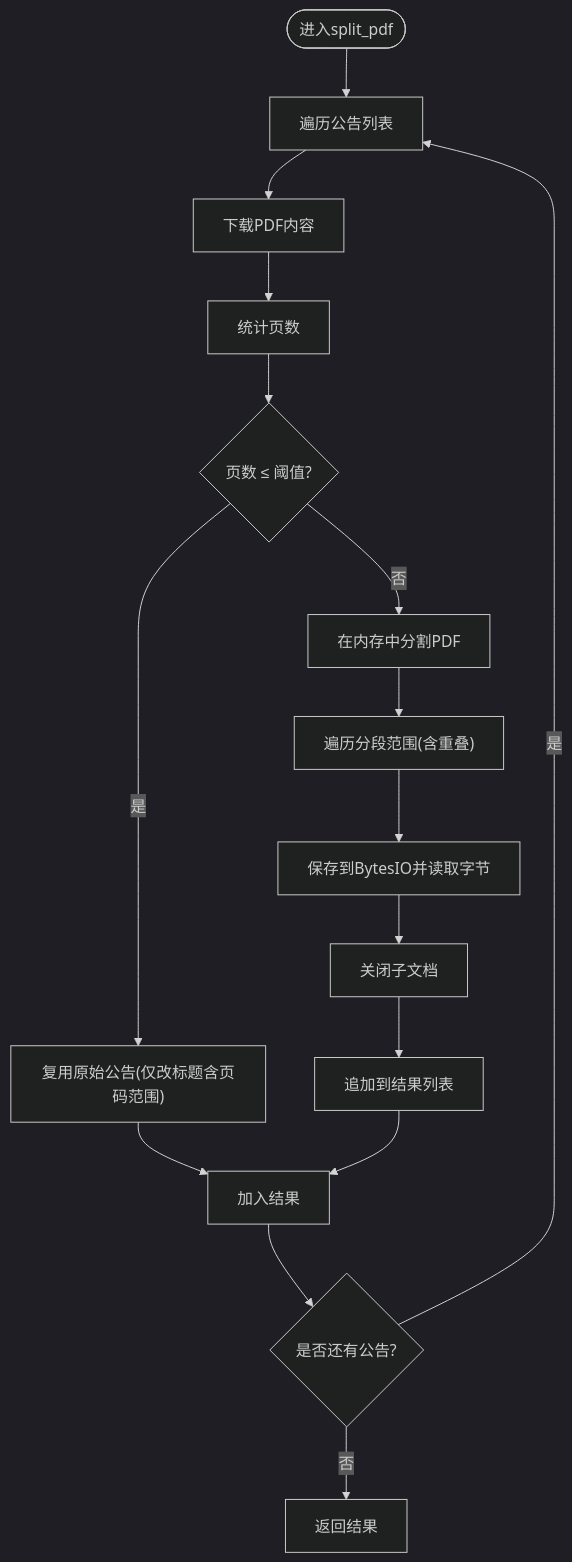
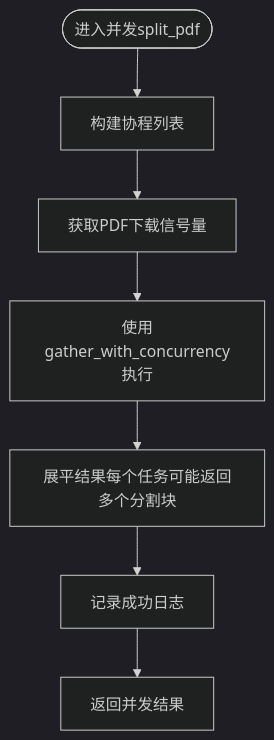
Before and after one commit to iverwong/DataLife: the third of 6 diagrams in .qoder/repowiki/zh/content/核心模块详解/PDF文件处理模块.md, drawn with Mermaid (dark theme). The commit also changed other lines of this file and 14 other files, not shown here.

````diff
--- a/.qoder/repowiki/zh/content/核心模块详解/PDF文件处理模块.md
+++ b/.qoder/repowiki/zh/content/核心模块详解/PDF文件处理模块.md
@@ -126,17 +160,9 @@
 ```mermaid
 flowchart TD
-Start(["进入split_pdf"]) --> Loop["遍历公告列表"]
-Loop --> Download["下载PDF内容"]
-Download --> Count["统计页数"]
-Count --> Check{"页数 ≤ 阈值?"}
-Check --> |是| Keep["复用原始公告(仅改标题含页码范围)"] --> Next["加入结果"]
-Check --> |否| Split["在内存中分割PDF"]
-Split --> ForEach["遍历分段范围(含重叠)"]
-ForEach --> Save["保存到BytesIO并读取字节"]
-Save --> Close["关闭子文档"]
-Close --> Append["追加到结果列表"]
-Append --> Next
-Next --> Done{"是否还有公告?"}
-Done --> |是| Loop
-Done --> |否| Return["返回结果"]
+Start(["进入并发split_pdf"]) --> BuildTasks["构建协程列表"]
+BuildTasks --> GetSemaphore["获取PDF下载信号量"]
+GetSemaphore --> Concurrency["使用gather_with_concurrency执行"]
+Concurrency --> Flatten["展平结果每个任务可能返回多个分割块"]
+Flatten --> LogSuccess["记录成功日志"]
+LogSuccess --> Return["返回并发结果"]
 ```
````
